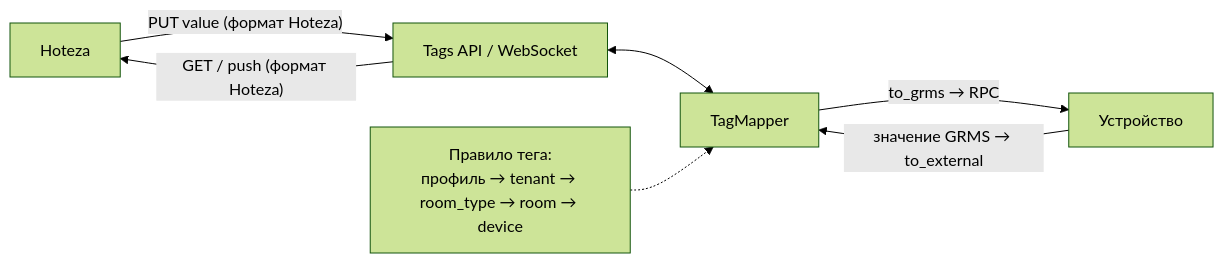
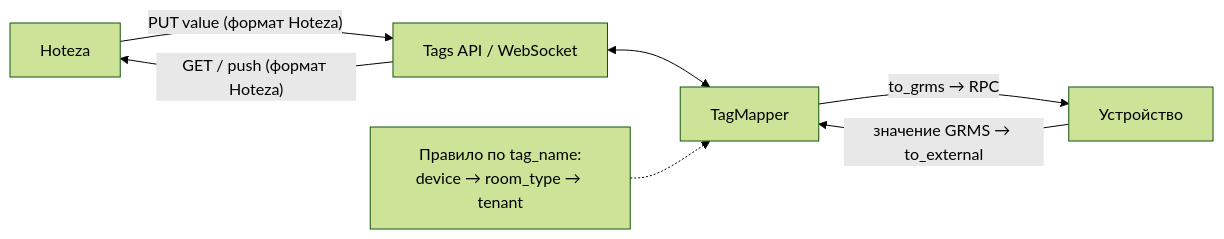
The diagram in backend/docs/mapping/value_mapping.md (bt-roomio/GRMS), drawn with Mermaid (forest theme) before and after one commit. The commit also changed other lines of this file and 23 other files, not shown here.

First line of the commit message:
feat(services): match mapping rules by tag name and scope profiles

````diff
--- a/backend/docs/mapping/value_mapping.md
+++ b/backend/docs/mapping/value_mapping.md
@@ -36,9 +38,9 @@
 ```mermaid
 flowchart LR
     H[Hoteza] -- "PUT value (формат Hoteza)" --> API[Tags API / WebSocket]
     API -- "GET / push (формат Hoteza)" --> H
     API <--> M[TagMapper]
     M -- "to_grms → RPC" --> D[Устройство]
     D -- "значение GRMS → to_external" --> M
-    R["Правило тега:<br/>профиль → tenant → room_type → room → device"] -.-> M
+    R["Правило по tag_name:<br/>device → room_type → tenant"] -.-> M
 ```
````
